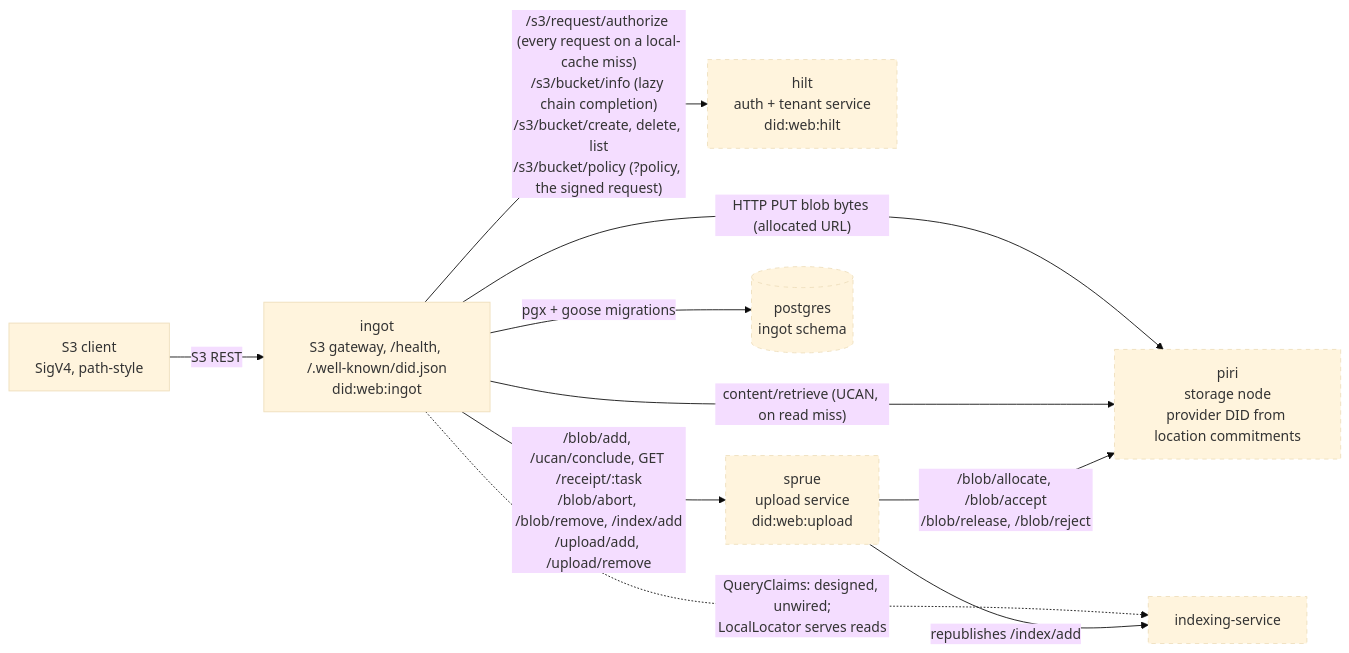
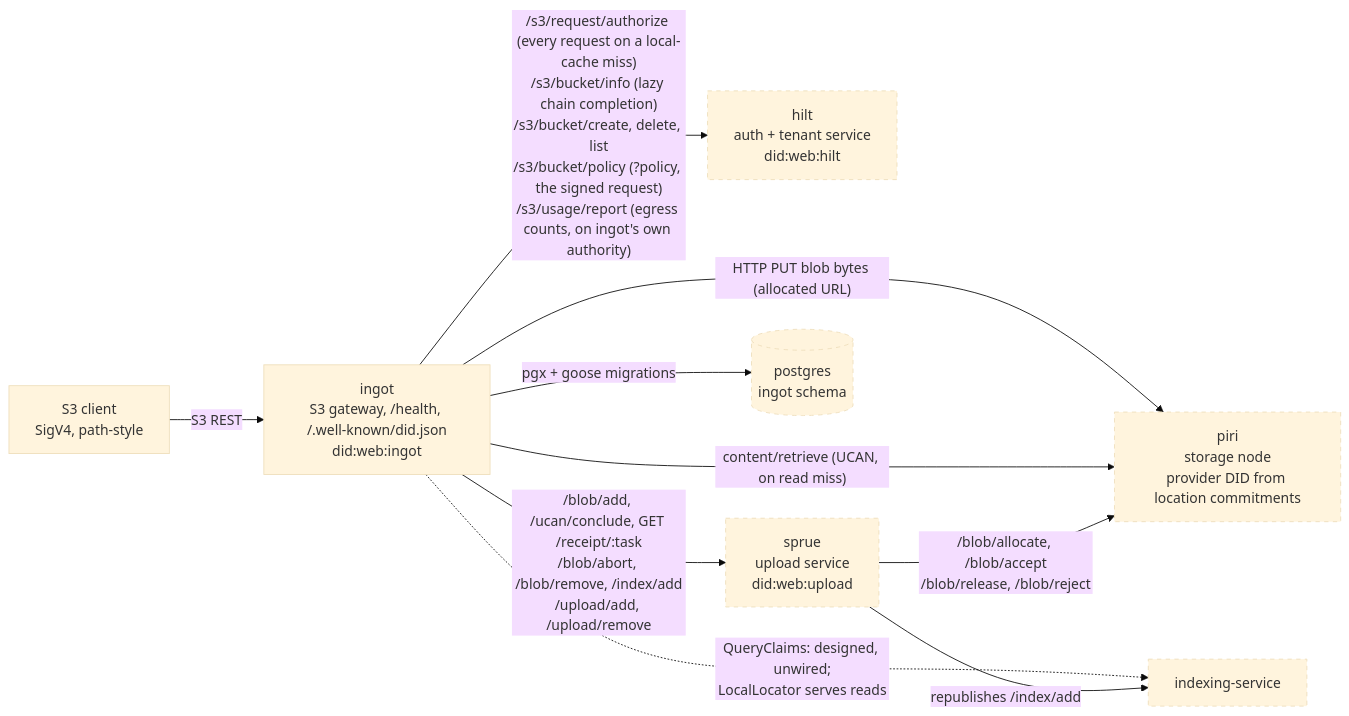
Before and after one commit to fil-forge/ingot: the first of 15 diagrams in docs/diagrams.md, drawn with Mermaid (base theme). The commit also changed other lines of this file and 21 other files, not shown here.

First line of the commit message:
feat: count GetObject egress by bucket and hour and report it to the auth service

````diff
--- a/docs/diagrams.md
+++ b/docs/diagrams.md
@@ -46,23 +46,23 @@
 ```mermaid
 flowchart LR
     client["S3 client<br/>SigV4, path-style"]
     ingot["ingot<br/>S3 gateway, /health, /.well-known/did.json<br/>did:web:ingot"]
     hilt["hilt<br/>auth + tenant service<br/>did:web:hilt"]
     sprue["sprue<br/>upload service<br/>did:web:upload"]
     piri["piri<br/>storage node<br/>provider DID from location commitments"]
     pg[("postgres<br/>ingot schema")]
     idx["indexing-service"]
 
     client -->|"S3 REST"| ingot
-    ingot -->|"/s3/request/authorize (every request on a local-cache miss)<br/>/s3/bucket/info (lazy chain completion)<br/>/s3/bucket/create, delete, list<br/>/s3/bucket/policy (?policy, the signed request)"| hilt
+    ingot -->|"/s3/request/authorize (every request on a local-cache miss)<br/>/s3/bucket/info (lazy chain completion)<br/>/s3/bucket/create, delete, list<br/>/s3/bucket/policy (?policy, the signed request)<br/>/s3/usage/report (egress counts, on ingot's own authority)"| hilt
     ingot -->|"/blob/add, /ucan/conclude, GET /receipt/:task<br/>/blob/abort, /blob/remove, /index/add<br/>/upload/add, /upload/remove"| sprue
     ingot -->|"HTTP PUT blob bytes (allocated URL)"| piri
     ingot -->|"content/retrieve (UCAN, on read miss)"| piri
     ingot -->|"pgx + goose migrations"| pg
     ingot -.->|"QueryClaims: designed, unwired;<br/>LocalLocator serves reads"| idx
     sprue -->|"/blob/allocate, /blob/accept<br/>/blob/release, /blob/reject"| piri
     sprue -->|"republishes /index/add"| idx
 
     classDef external stroke-dasharray: 5 5
     class hilt,sprue,piri,pg,idx external
 ```
````
